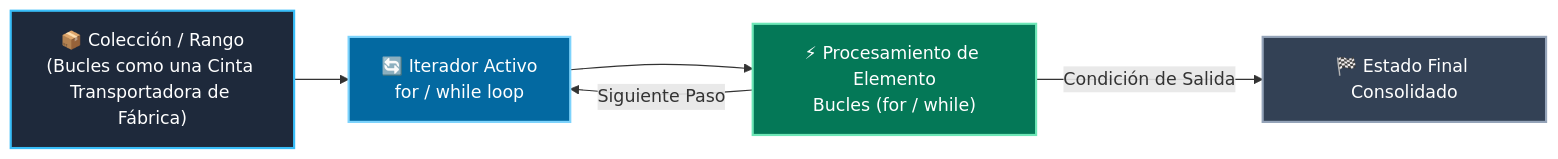
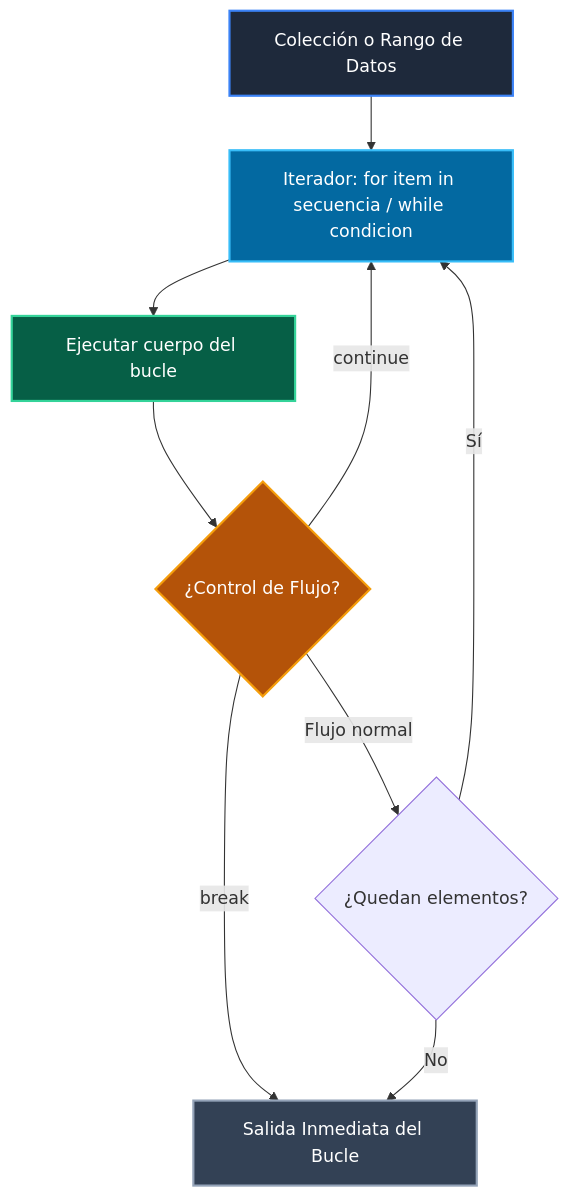
Before and after one commit to wisrovi/wisrovi-python: the diagram in 01-fundamentos-python/clase-04-control-flujo-bucles/README.md, drawn with Mermaid. The commit also changed other lines of this file and 271 other files, not shown here.

Commit message:
docs: rewrite all README.md files with bespoke topic-specific Mermaid diagrams and remove repetitive boilerplate

````diff
--- a/01-fundamentos-python/clase-04-control-flujo-bucles/README.md
+++ b/01-fundamentos-python/clase-04-control-flujo-bucles/README.md
@@ -35,12 +12,17 @@
 ```mermaid
-flowchart LR
-    A["📦 Colección / Rango<br/>(Bucles como una Cinta Transportadora de Fábrica)"] --> B["🔄 Iterador Activo<br/>for / while loop"]
-    B --> C["⚡ Procesamiento de Elemento<br/>Bucles (for / while)"]
-    C -->|Siguiente Paso| B
-    C -->|Condición de Salida| D["🏁 Estado Final Consolidado"]
+flowchart TD
+    INIT["Colección o Rango de Datos"] --> ITER["Iterador: for item in secuencia / while condicion"]
+    ITER --> BODY["Ejecutar cuerpo del bucle"]
+    BODY --> CTRL{"¿Control de Flujo?"}
+    CTRL -->|continue| ITER
+    CTRL -->|break| END["Salida Inmediata del Bucle"]
+    CTRL -->|Flujo normal| NEXT{"¿Quedan elementos?"}
+    NEXT -->|Sí| ITER
+    NEXT -->|No| END
 
-    style A fill:#1e293b,color:#ffffff,stroke:#38bdf8,stroke-width:2px
-    style B fill:#0369a1,color:#ffffff,stroke:#7dd3fc,stroke-width:2px
-    style C fill:#047857,color:#ffffff,stroke:#6ee7b7,stroke-width:2px
-    style D fill:#334155,color:#ffffff,stroke:#94a3b8,stroke-width:2px
+    style INIT fill:#1e293b,color:#fff,stroke:#3b82f6,stroke-width:2px
+    style ITER fill:#0369a1,color:#fff,stroke:#38bdf8,stroke-width:2px
+    style BODY fill:#065f46,color:#fff,stroke:#34d399,stroke-width:2px
+    style CTRL fill:#b45309,color:#fff,stroke:#f59e0b,stroke-width:2px
+    style END fill:#334155,color:#fff,stroke:#94a3b8,stroke-width:2px
 ```
````
